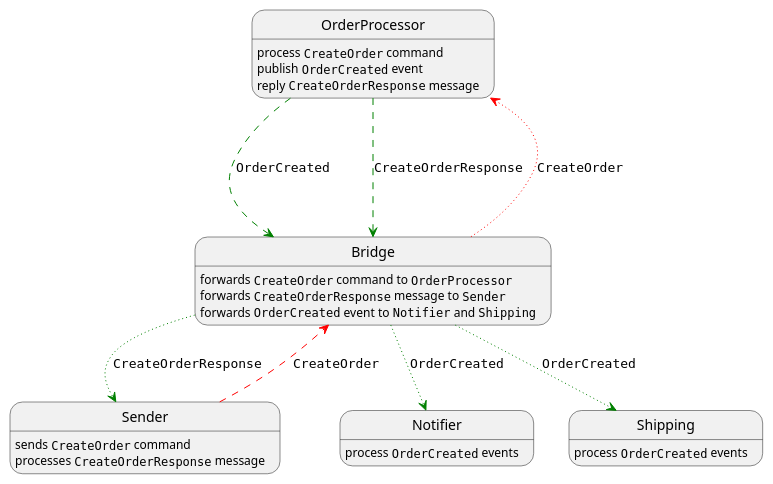
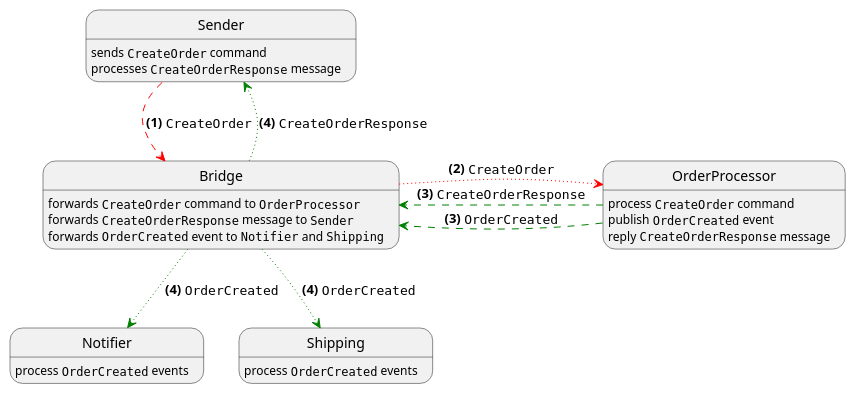
The second of 2 diagrams in README.md (rioka/NsbBridgePlayground), drawn with PlantUML before and after one commit. The commit also changed other lines of this file and 5 other files, not shown here.

Commit message:
- Try swap endpoint in  `NsbBridgePlayground.Bridge` configuration - Reply to `CreateOrder` command - Handle `CreateOrderResponse` in `NsbBridgePlayground.Sender` - Update docs

````diff
--- a/README.md
+++ b/README.md
@@ -39,27 +39,27 @@
 ```puml
 @startuml
 
 Sender: sends ""CreateOrder"" command
 Sender: processes ""CreateOrderResponse"" message
 
 Bridge: forwards ""CreateOrder"" command to ""OrderProcessor""
 Bridge: forwards ""CreateOrderResponse"" message to ""Sender""
 Bridge: forwards ""OrderCreated"" event to ""Notifier"" and ""Shipping""
 
-Bridge -[#red,dotted]--> OrderProcessor : ""CreateOrder""  
+Sender -[#red,dashed]right-> Bridge : **(1)** ""CreateOrder""
 
-Sender -[#red,dashed]> Bridge : ""CreateOrder""
+Bridge -[#red,dotted]right-> OrderProcessor : **(2)** ""CreateOrder""  
 
 OrderProcessor: process ""CreateOrder"" command
 OrderProcessor: publish ""OrderCreated"" event
 OrderProcessor: reply ""CreateOrderResponse"" message
 
 Notifier: process ""OrderCreated"" events
 Shipping: process ""OrderCreated"" events
 
-OrderProcessor -[#green,dashed]> Bridge : ""OrderCreated""
-OrderProcessor -[#green,dashed]> Bridge : ""CreateOrderResponse""
-Bridge -[#green,dotted]-> Notifier : ""OrderCreated""
-Bridge -[#green,dotted]-> Shipping : ""OrderCreated""
-Bridge -[#green,dotted]-> Sender : ""CreateOrderResponse""
+OrderProcessor -[#green,dashed]> Bridge : **(3)** ""OrderCreated""
+OrderProcessor -[#green,dashed]> Bridge : **(3)** ""CreateOrderResponse""
+Bridge -[#green,dotted]-> Notifier : **(4)** ""OrderCreated""
+Bridge -[#green,dotted]-> Shipping : **(4)** ""OrderCreated""
+Bridge -[#green,dotted]-> Sender : **(4)** ""CreateOrderResponse""
 ```
````
